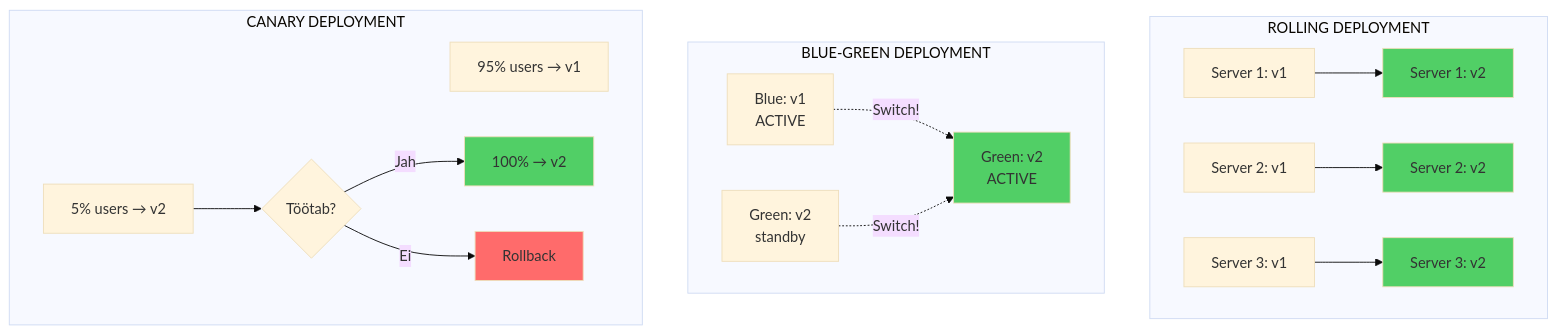
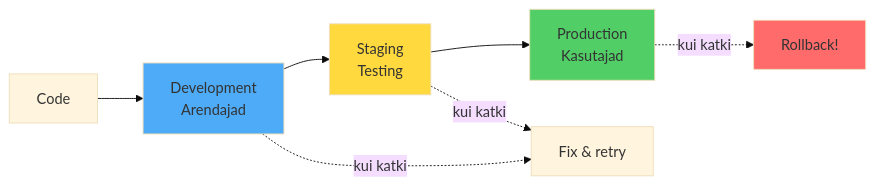
One commit to mtalvik/automatiseerimine_ext changed the ninth of 11 diagrams in docs/ci_cd/loeng.md. Above: the diagram before and after it, drawn with Mermaid (base theme). The commit also changed other lines of this file and 140 other files, not shown here.

````diff
--- a/docs/ci_cd/loeng.md
+++ b/docs/ci_cd/loeng.md
@@ -696,30 +573,15 @@
 ```mermaid
-graph TB
-    subgraph "ROLLING DEPLOYMENT"
-        R1[Server 1: v1] --> R2[Server 1: v2 ]
-        R3[Server 2: v1] --> R4[Server 2: v2 ]
-        R5[Server 3: v1] --> R6[Server 3: v2 ]
-    end
+graph LR
+    CODE[Code] --> DEV[Development<br/>Arendajad]
+    DEV --> STAGE[Staging<br/>Testing]
+    STAGE --> PROD[Production<br/>Kasutajad]
     
-    subgraph "BLUE-GREEN DEPLOYMENT"
-        B1[ Blue: v1<br/>ACTIVE] 
-        B2[ Green: v2<br/>standby]
-        B1 -.Switch!.-> B3[ Green: v2<br/>ACTIVE ]
-        B2 -.Switch!.-> B3
-    end
+    DEV -.kui katki.-> FIX[Fix & retry]
+    STAGE -.kui katki.-> FIX
+    PROD -.kui katki.-> ROLLBACK[Rollback!]
     
-    subgraph "CANARY DEPLOYMENT"
-        C1[95% users → v1] 
-        C2[5% users → v2 ]
-        C2 --> C3{Töötab?}
-        C3 -->|Jah| C4[100% → v2 ]
-        C3 -->|Ei| C5[ Rollback]
-    end
-    
-    style R2 fill:#51cf66
-    style R4 fill:#51cf66
-    style R6 fill:#51cf66
-    style B3 fill:#51cf66
-    style C4 fill:#51cf66
-    style C5 fill:#ff6b6b
+    style DEV fill:#4dabf7
+    style STAGE fill:#ffd93d
+    style PROD fill:#51cf66
+    style ROLLBACK fill:#ff6b6b
 ```
````
